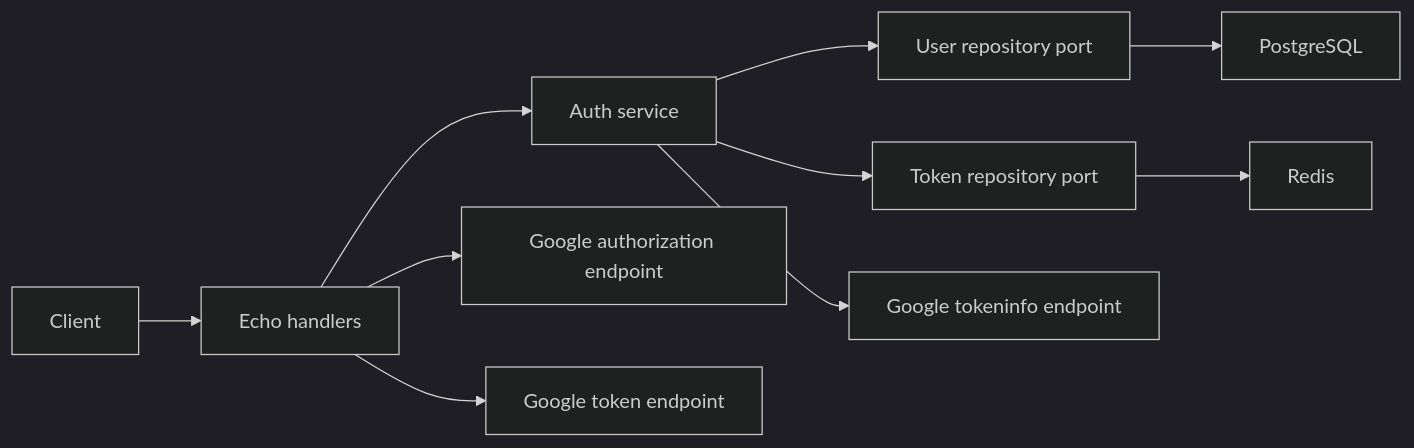
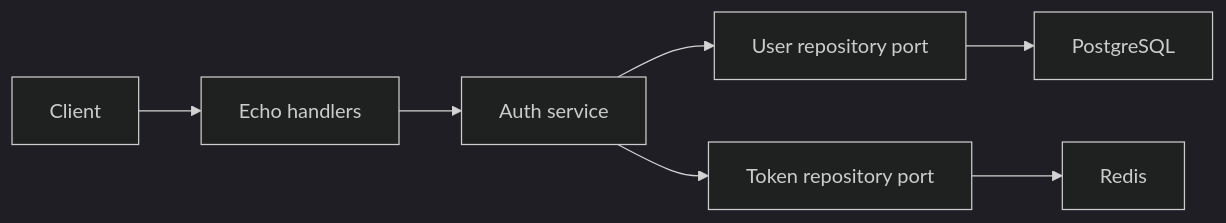
Before and after one commit to AdityaIrfan/go-auth: the diagram in README.md, drawn with Mermaid (dark theme).

Commit message:
fix: readme.md

````diff
--- a/README.md
+++ b/README.md
@@ -36,12 +36,9 @@
 ```mermaid
 flowchart LR
     Client --> Echo[Echo handlers]
     Echo --> AuthService[Auth service]
     AuthService --> UserPort[User repository port]
     AuthService --> TokenPort[Token repository port]
     UserPort --> PostgreSQL
     TokenPort --> Redis
-    Echo --> GoogleAuth[Google authorization endpoint]
-    Echo --> GoogleToken[Google token endpoint]
-    AuthService --> GoogleInfo[Google tokeninfo endpoint]
 ```
````
